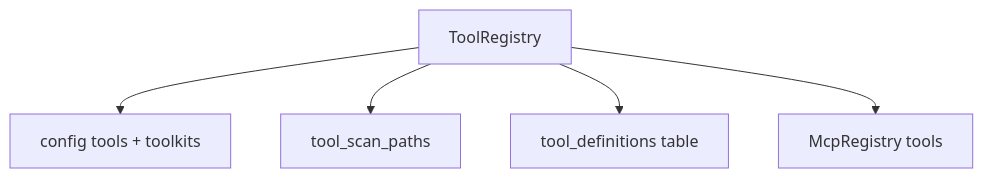
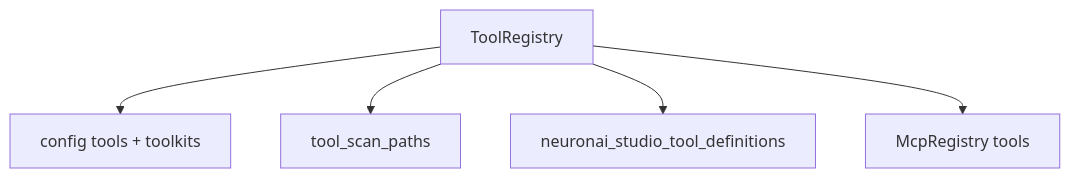
One commit to digitalelvis/neuronai-studio changed the diagram in docs/guides/tools/registry-and-codegen.md. Above: the diagram before and after it, drawn with Mermaid. The commit also changed 37 other files, not shown here.

````diff
--- a/docs/guides/tools/registry-and-codegen.md
+++ b/docs/guides/tools/registry-and-codegen.md
@@ -23,8 +23,8 @@
 ```mermaid
 flowchart TB
     TR[ToolRegistry]
     TR --> Config[config tools + toolkits]
     TR --> Scan[tool_scan_paths]
-    TR --> DB[tool_definitions table]
+    TR --> DB[neuronai_studio_tool_definitions]
     TR --> MCP[McpRegistry tools]
 ```
````
